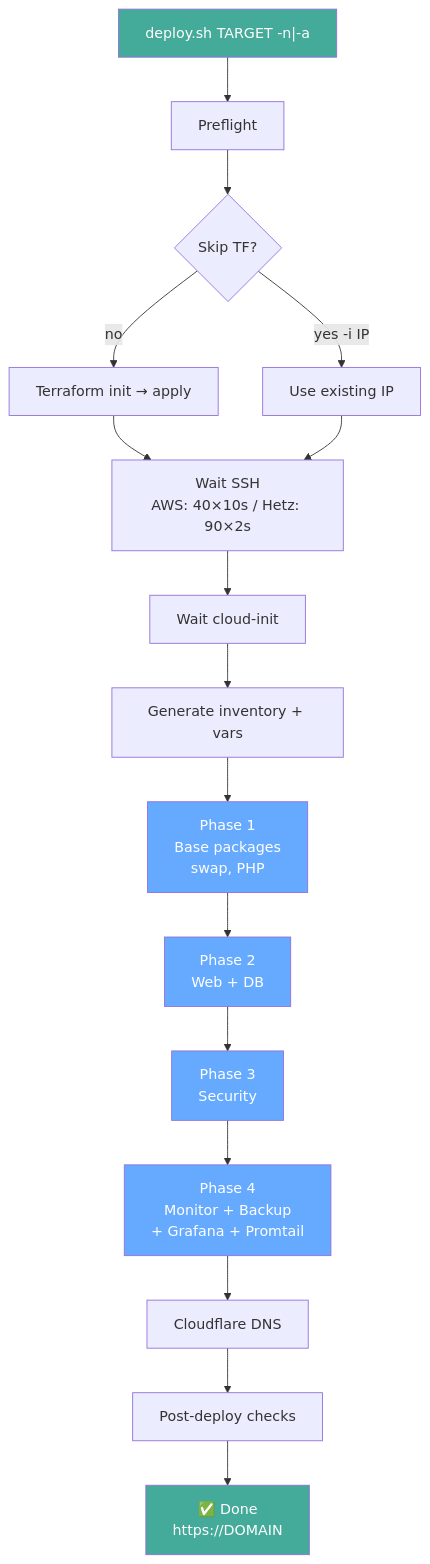
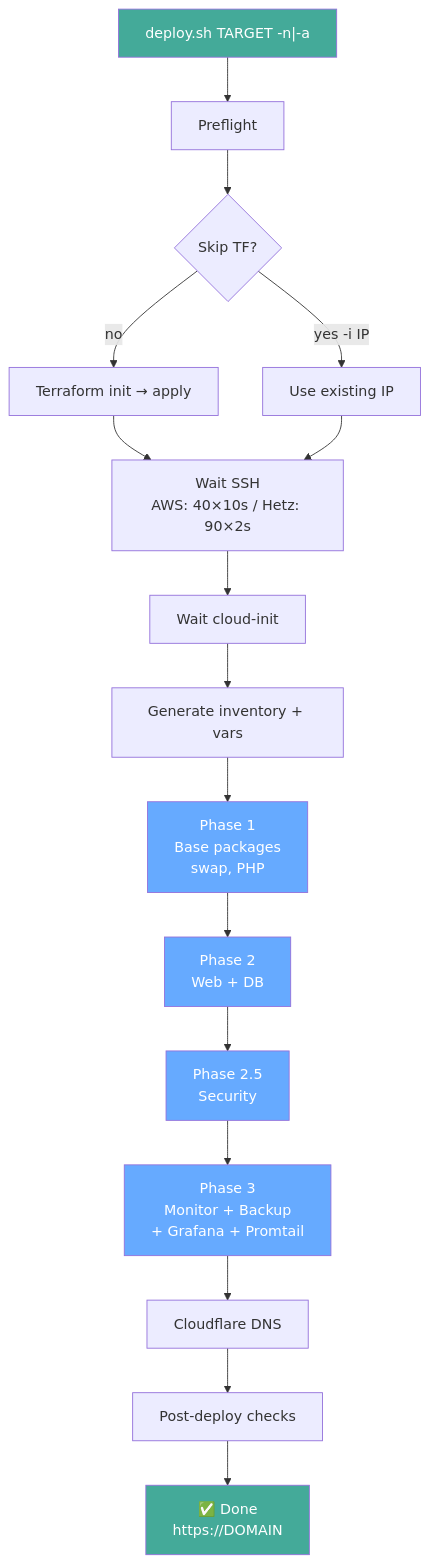
The first of 2 diagrams in docs/architecture.md (W1ckedS1ck/DreamSeed), drawn with Mermaid before and after one commit. The commit also changed other lines of this file and 12 other files, not shown here.

````diff
--- a/docs/architecture.md
+++ b/docs/architecture.md
@@ -5,27 +5,27 @@
 ```mermaid
 flowchart TD
     A["deploy.sh TARGET -n|-a"] --> B[Preflight]
     B --> C{Skip TF?}
     C -->|no| D["Terraform init → apply"]
     C -->|yes -i IP| E[Use existing IP]
     D --> F["Wait SSH<br>AWS: 40×10s / Hetz: 90×2s"]
     E --> F
     F --> G[Wait cloud-init]
     G --> H[Generate inventory + vars]
 
     H --> I["Phase 1<br>Base packages<br>swap, PHP"]
     I --> J["Phase 2<br>Web + DB"]
-    J --> K["Phase 3<br>Security"]
-    K --> L["Phase 4<br>Monitor + Backup<br>+ Grafana + Promtail"]
+    J --> K["Phase 2.5<br>Security"]
+    K --> L["Phase 3<br>Monitor + Backup<br>+ Grafana + Promtail"]
 
     L --> M[Cloudflare DNS]
     M --> N[Post-deploy checks]
     N --> O["✅ Done<br>https://DOMAIN"]
 
     style A fill:#4a9,color:#fff
     style I fill:#6af,color:#fff
     style J fill:#6af,color:#fff
     style K fill:#6af,color:#fff
     style L fill:#6af,color:#fff
     style O fill:#4a9,color:#fff
 ```
````
